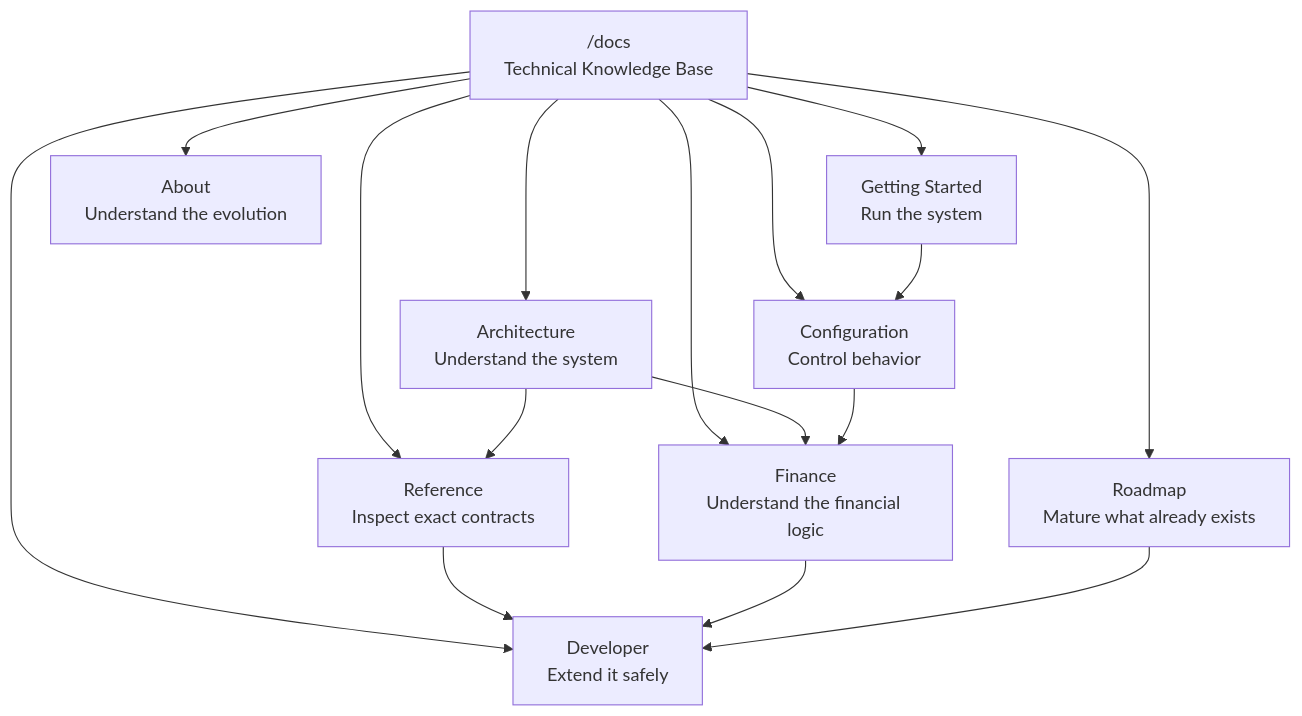
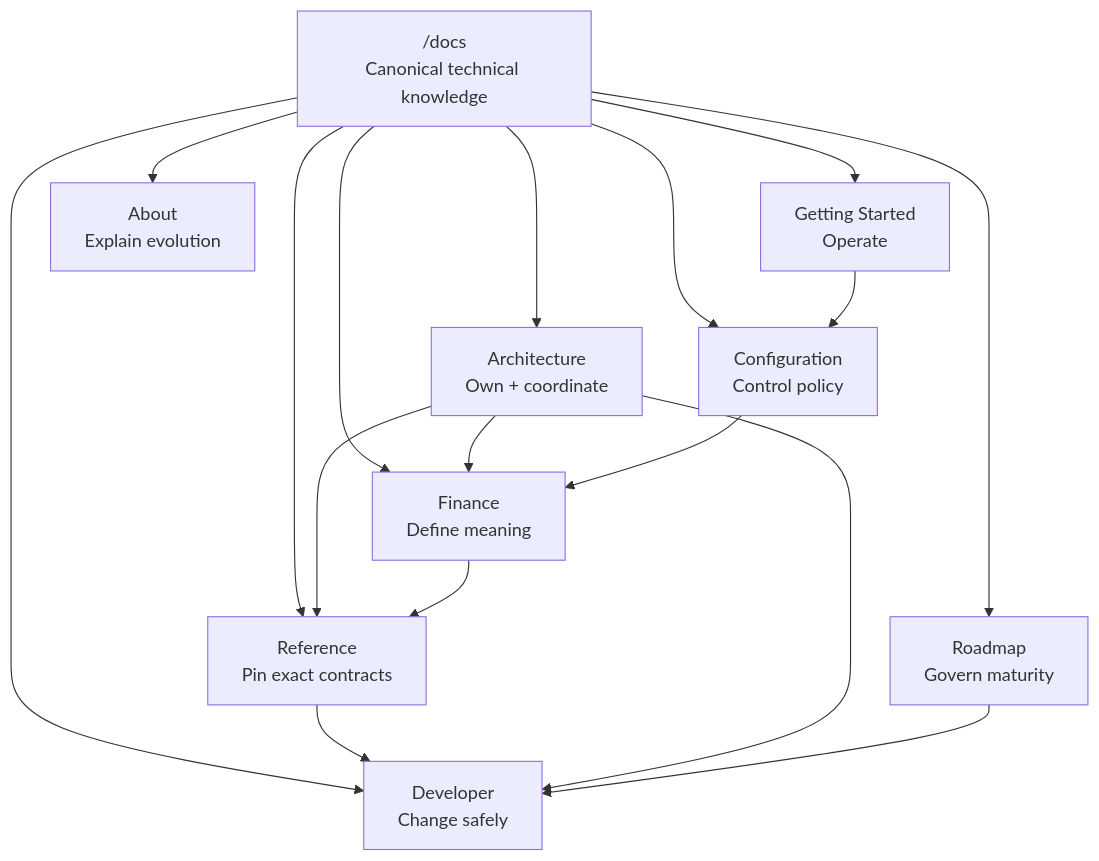
The sixth of 12 diagrams in docs/README.md (tks18/personal-finance-etl), drawn with Mermaid before and after one commit. The commit also changed other lines of this file, not shown here.

````diff
--- a/docs/README.md
+++ b/docs/README.md
@@ -31,30 +205,31 @@
 ```mermaid
 flowchart TB
-    HOME["/docs<br/>Technical Knowledge Base"]
+    HOME["/docs<br/>Canonical technical knowledge"]
 
-    GS["Getting Started<br/>Run the system"]
-    ARCH["Architecture<br/>Understand the system"]
-    FIN["Finance<br/>Understand the financial logic"]
-    REF["Reference<br/>Inspect exact contracts"]
-    CFG["Configuration<br/>Control behavior"]
-    DEV["Developer<br/>Extend it safely"]
-    ABOUT["About<br/>Understand the evolution"]
-    ROAD["Roadmap<br/>Mature what already exists"]
+    GS["Getting Started<br/>Operate"]
+    ARCH["Architecture<br/>Own + coordinate"]
+    CFG["Configuration<br/>Control policy"]
+    FIN["Finance<br/>Define meaning"]
+    REF["Reference<br/>Pin exact contracts"]
+    DEV["Developer<br/>Change safely"]
+    ABOUT["About<br/>Explain evolution"]
+    ROAD["Roadmap<br/>Govern maturity"]
 
     HOME --> GS
     HOME --> ARCH
+    HOME --> CFG
     HOME --> FIN
     HOME --> REF
-    HOME --> CFG
     HOME --> DEV
     HOME --> ABOUT
     HOME --> ROAD
 
     GS --> CFG
+    ARCH --> FIN
     ARCH --> REF
-    ARCH --> FIN
     CFG --> FIN
+    FIN --> REF
     REF --> DEV
-    FIN --> DEV
+    ARCH --> DEV
     ROAD --> DEV
 ```
````
